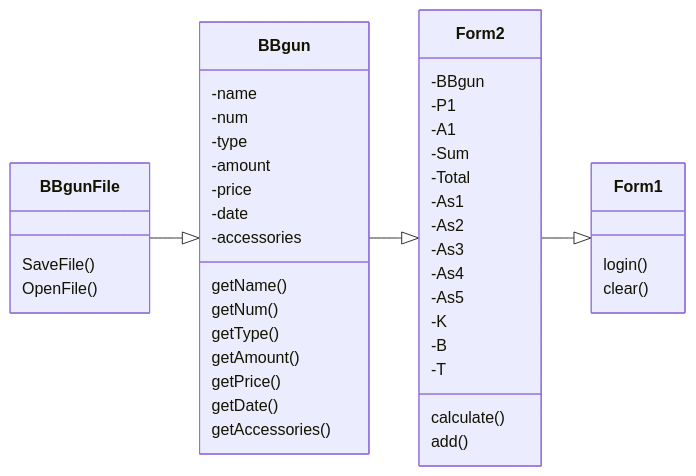
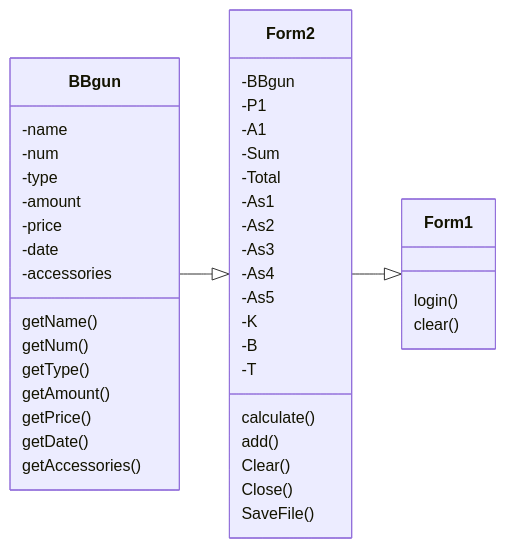
The diagram in README.md (JJWER/Final_Project_643450076_9), drawn with Mermaid before and after one commit.

````diff
--- a/README.md
+++ b/README.md
@@ -6,48 +6,46 @@
 ```mermaid
 classDiagram
 direction RL
   Form2 <|-- BBgun
   Form1 <|-- Form2
-  BBgun <|-- BBgunFile
 class Form1{
   login()
   clear()
   }
 class Form2{
   -BBgun
   -P1
   -A1
   -Sum
   -Total
   -As1
   -As2
   -As3
   -As4
   -As5
   -K
   -B
   -T
   calculate()
   add()
+  Clear()
+  Close()
+  SaveFile()
   }
 class BBgun{
   -name
   -num
   -type
   -amount
   -price
   -date
   -accessories
   getName()
   getNum()
   getType()
   getAmount()
   getPrice()
   getDate()
   getAccessories()
 }
-class BBgunFile{
-  SaveFile()
-  OpenFile()
-}
 ```
````
